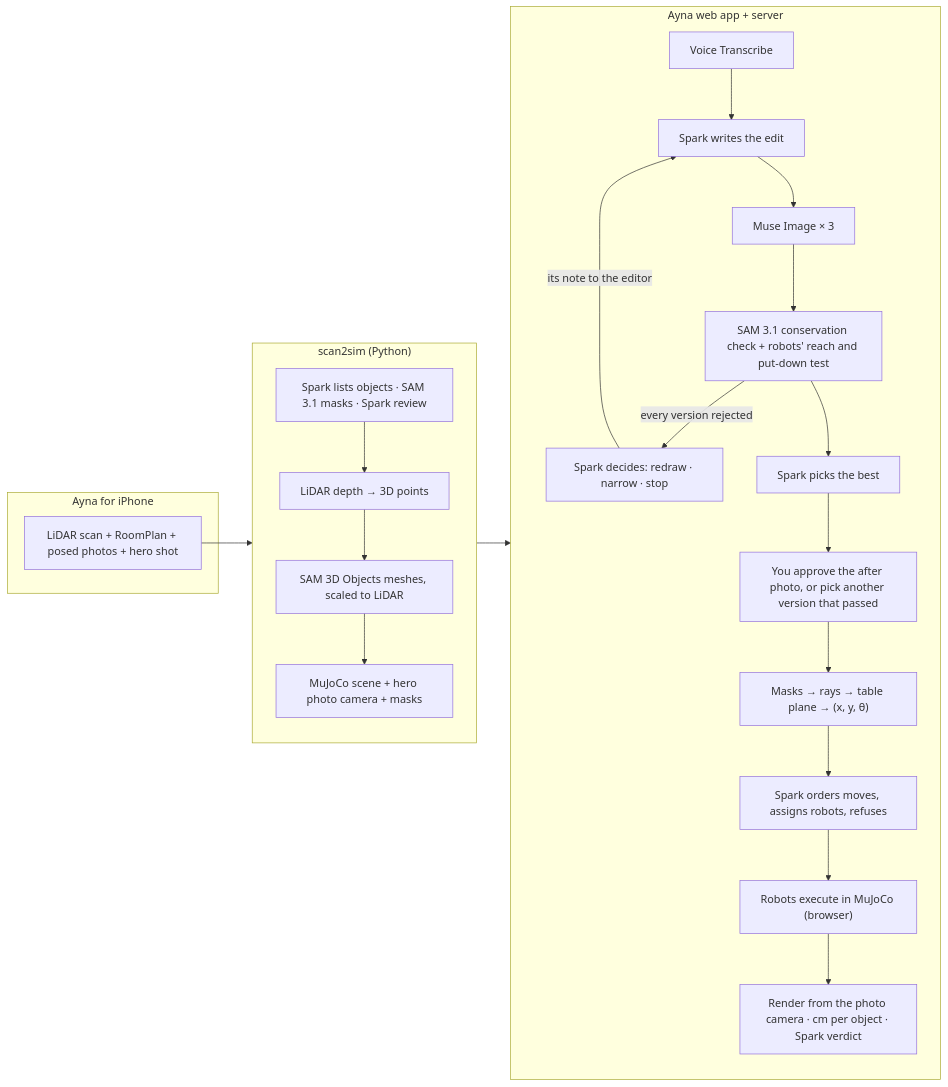
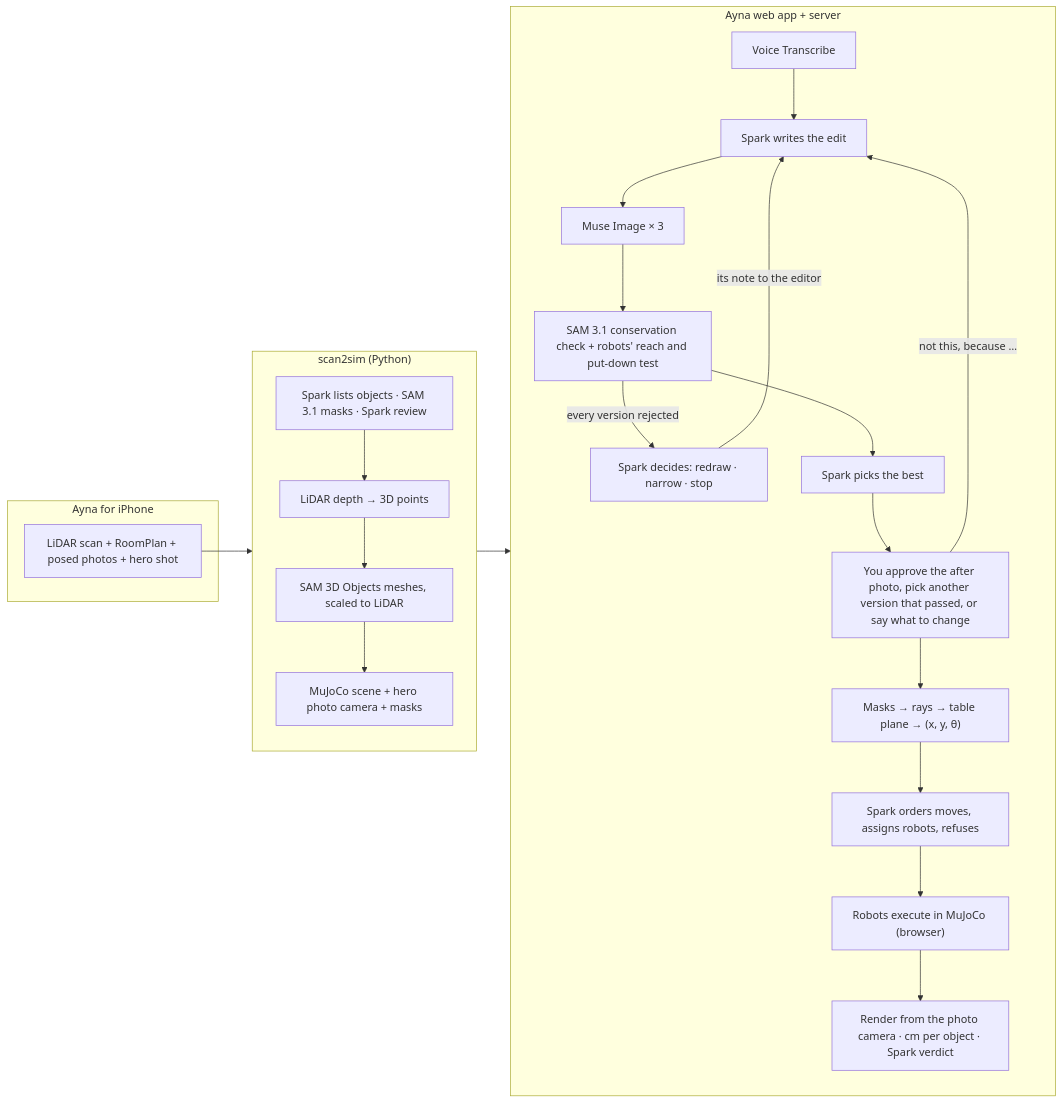
Before and after one commit to sabr2007/meta-global-hackathon: the diagram in README.md, drawn with Mermaid.

Commit message:
docs: README's loop shows the person's 'not this, because' going back to Spark

````diff
--- a/README.md
+++ b/README.md
@@ -49,27 +49,28 @@
 ```mermaid
 flowchart LR
   subgraph phone["Ayna for iPhone"]
     scan["LiDAR scan + RoomPlan + posed photos + hero shot"]
   end
   subgraph pipeline["scan2sim (Python)"]
     perceive["Spark lists objects · SAM 3.1 masks · Spark review"]
     lift["LiDAR depth → 3D points"]
     sam3d["SAM 3D Objects meshes, scaled to LiDAR"]
     bundle["MuJoCo scene + hero photo camera + masks"]
     perceive --> lift --> sam3d --> bundle
   end
   subgraph app["Ayna web app + server"]
     voice["Voice Transcribe"] --> instruct["Spark writes the edit"]
     instruct --> imagine["Muse Image × 3"]
     imagine --> check["SAM 3.1 conservation check + robots' reach and put-down test"]
     check -- every version rejected --> decide["Spark decides: redraw · narrow · stop"]
     decide -- its note to the editor --> instruct
     check --> judge["Spark picks the best"]
-    judge --> approve["You approve the after photo, or pick another version that passed"]
+    judge --> approve["You approve the after photo, pick another version that passed, or say what to change"]
+    approve -- "not this, because …" --> instruct
     approve --> goals["Masks → rays → table plane → (x, y, θ)"]
     goals --> plan["Spark orders moves, assigns robots, refuses"]
     plan --> sim["Robots execute in MuJoCo (browser)"]
     sim --> verify["Render from the photo camera · cm per object · Spark verdict"]
   end
   scan --> pipeline --> app
 ```
````
